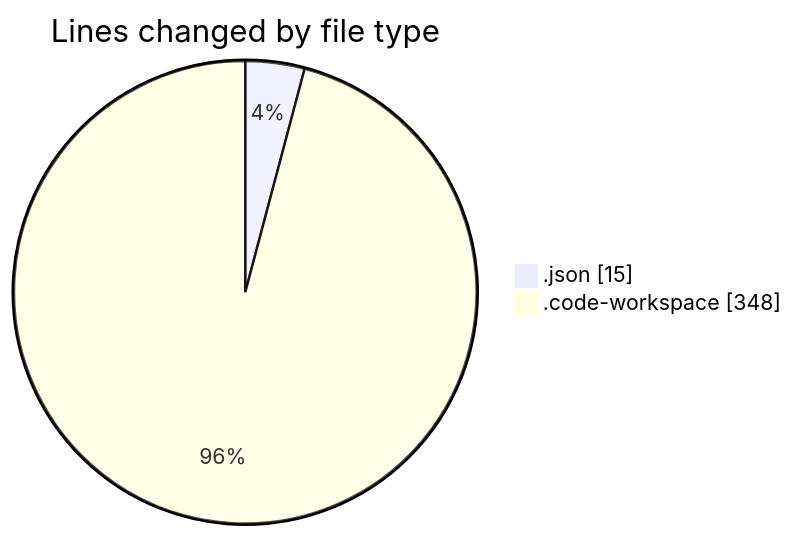
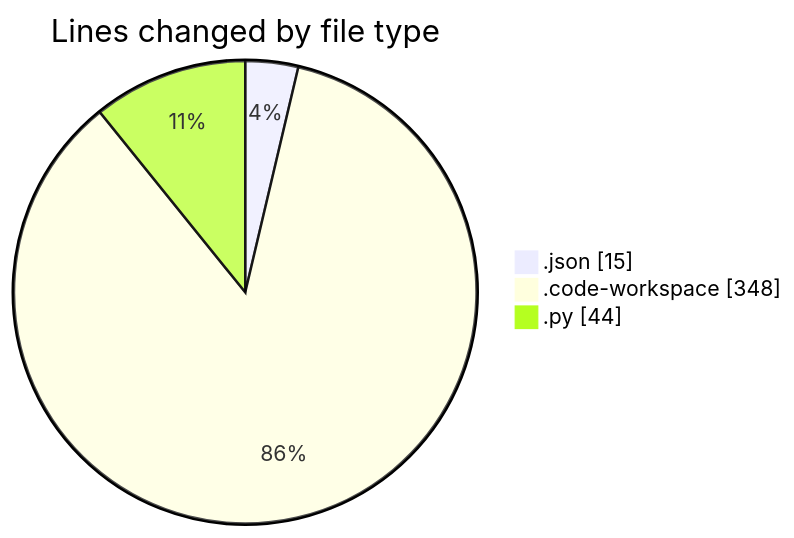
The first of 2 diagrams in 2025-02-25/myws__workspace_/README.md (MatusMokan/code-tracking), drawn with Mermaid before and after one commit. The commit also changed other lines of this file and 1 other file, not shown here.

````diff
--- a/2025-02-25/myws__workspace_/README.md
+++ b/2025-02-25/myws__workspace_/README.md
@@ -21,6 +22,7 @@
 ```mermaid
 pie showData
 title Lines changed by file type
 ".json" : 15
 ".code-workspace" : 348
+".py" : 44
 ```
````
